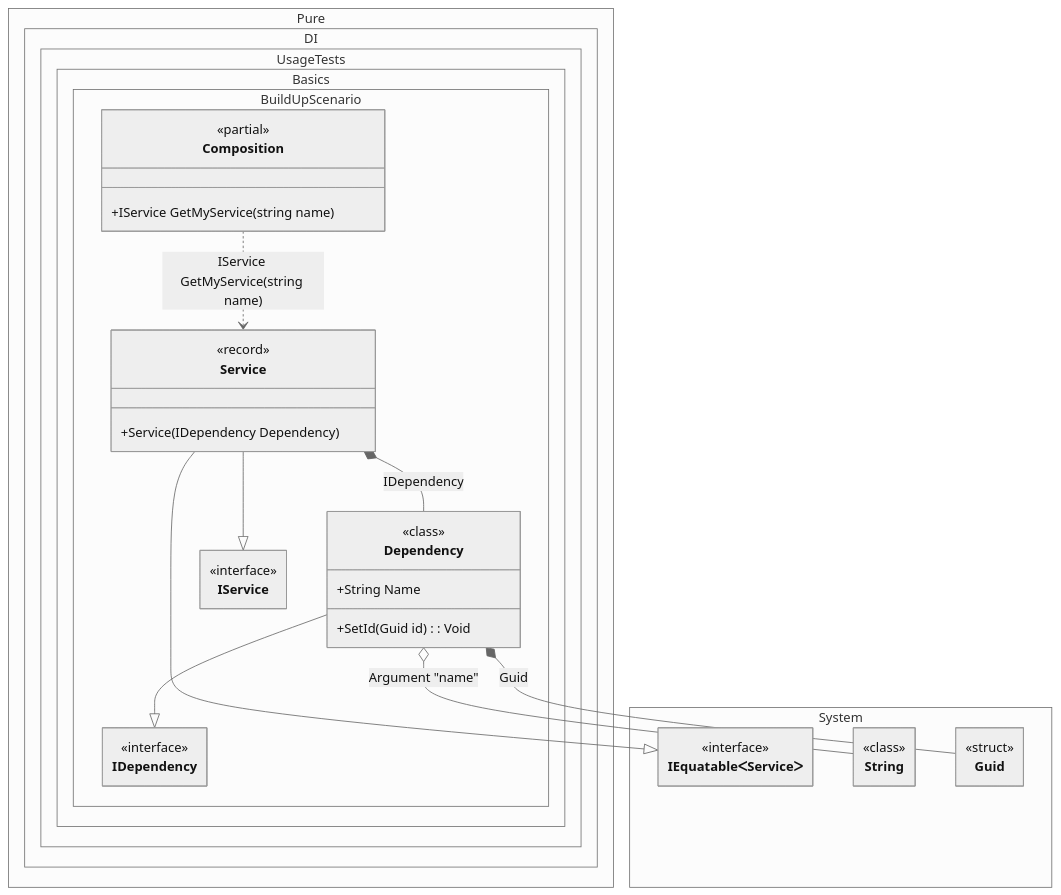
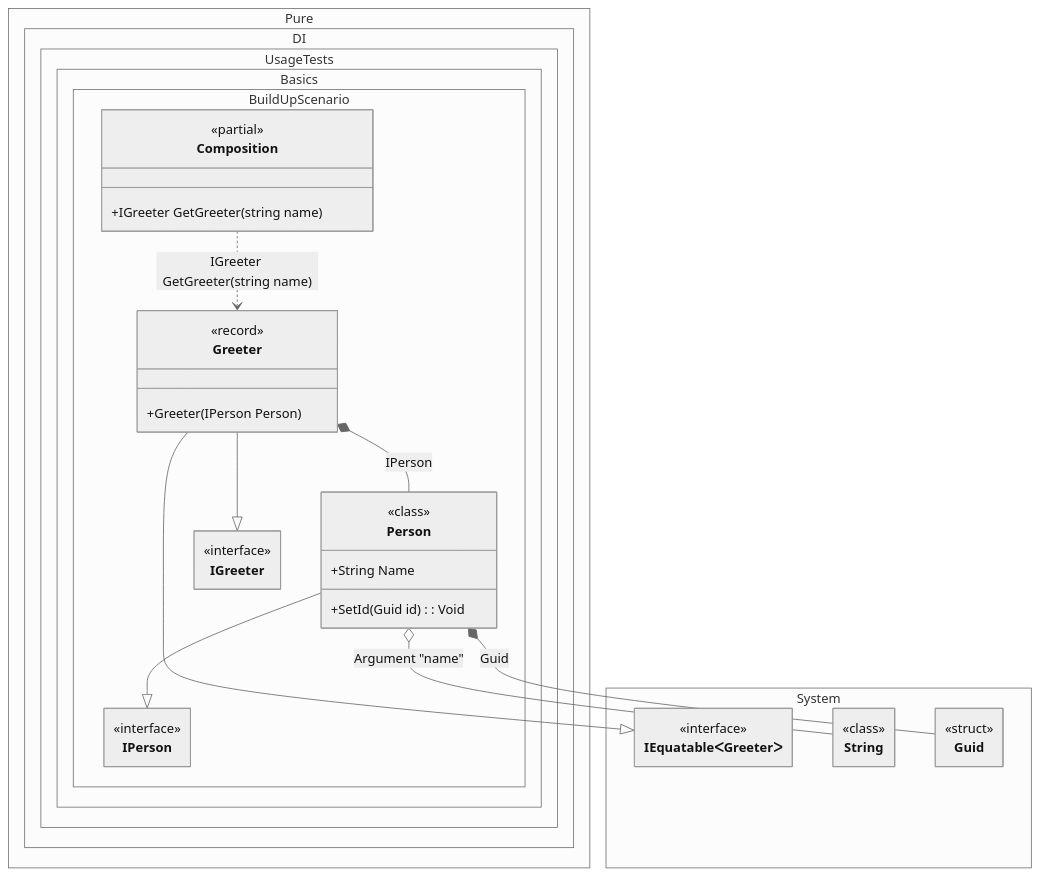
The diagram in readme/build-up-of-an-existing-object.md (DevTeam/Pure.DI), drawn with Mermaid (neutral theme) before and after one commit. The commit also changed other lines of this file and 126 other files, not shown here.

````diff
--- a/readme/build-up-of-an-existing-object.md
+++ b/readme/build-up-of-an-existing-object.md
@@ -129,49 +131,49 @@
 ```mermaid
 ---
  config:
   maxTextSize: 2147483647
   maxEdges: 2147483647
   class:
    hideEmptyMembersBox: true
 ---
 classDiagram
-	Dependency --|> IDependency
-	Service --|> IService
-	Service --|> IEquatableᐸServiceᐳ
-	Composition ..> Service : IService GetMyService(string name)
-	Dependency o-- String : Argument "name"
-	Dependency *--  Guid : Guid
-	Service *--  Dependency : IDependency
+	Person --|> IPerson
+	Greeter --|> IGreeter
+	Greeter --|> IEquatableᐸGreeterᐳ
+	Composition ..> Greeter : IGreeter GetGreeter(string name)
+	Person o-- String : Argument "name"
+	Person *--  Guid : Guid
+	Greeter *--  Person : IPerson
 	namespace Pure.DI.UsageTests.Basics.BuildUpScenario {
 		class Composition {
 		<<partial>>
-		+IService GetMyService(string name)
+		+IGreeter GetGreeter(string name)
 		}
-		class Dependency {
+		class Greeter {
+				<<record>>
+			+Greeter(IPerson Person)
+		}
+		class IGreeter {
+			<<interface>>
+		}
+		class IPerson {
+			<<interface>>
+		}
+		class Person {
 				<<class>>
 			+String Name
 			+SetId(Guid id) : Void
-		}
-		class IDependency {
-			<<interface>>
-		}
-		class IService {
-			<<interface>>
-		}
-		class Service {
-				<<record>>
-			+Service(IDependency Dependency)
 		}
 	}
 	namespace System {
 		class Guid {
 				<<struct>>
 		}
-		class IEquatableᐸServiceᐳ {
+		class IEquatableᐸGreeterᐳ {
 			<<interface>>
 		}
 		class String {
 				<<class>>
 		}
 	}
 ```
````
